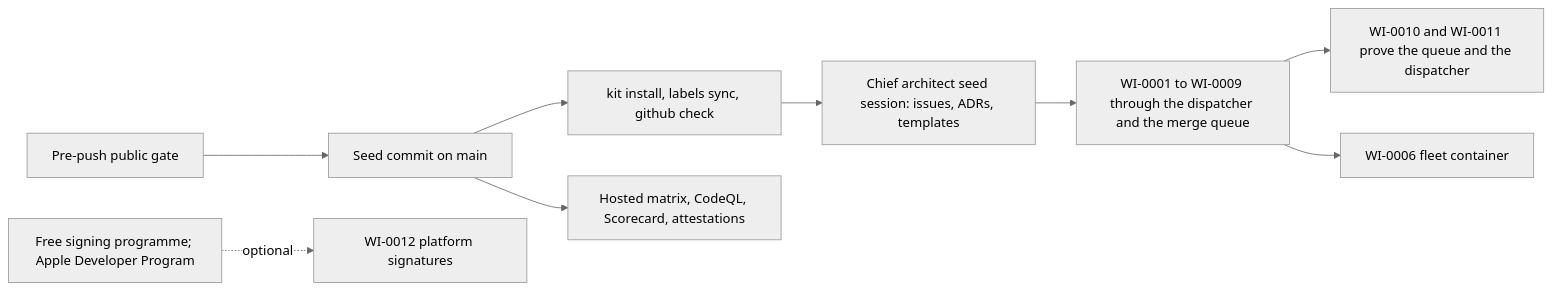
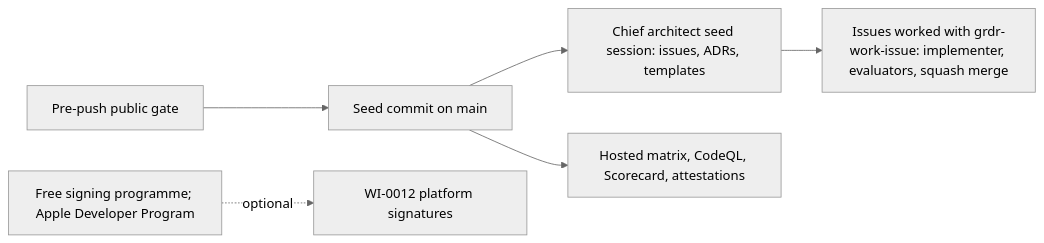
Before and after one commit to 416rehman/Guardrails: the diagram in docs/team/06-repository-bootstrap.md, drawn with Mermaid (neutral theme). The commit also changed other lines of this file and 93 other files, not shown here.

````diff
--- a/docs/team/06-repository-bootstrap.md
+++ b/docs/team/06-repository-bootstrap.md
@@ -34,11 +32,8 @@
 ```mermaid
 flowchart LR
-  S[Seed commit on main] --> K[kit install, labels sync, github check]
-  K --> A[Chief architect seed session: issues, ADRs, templates]
-  A --> W1[WI-0001 to WI-0009 through the dispatcher and the merge queue]
-  W1 --> W10[WI-0010 and WI-0011 prove the queue and the dispatcher]
-  W1 --> W6[WI-0006 fleet container]
-  G0[Pre-push public gate] --> S
+  G0[Pre-push public gate] --> S[Seed commit on main]
+  S --> A[Chief architect seed session: issues, ADRs, templates]
+  A --> W1[Issues worked with grdr-work-issue: implementer, evaluators, squash merge]
   S --> CI[Hosted matrix, CodeQL, Scorecard, attestations]
   P[Free signing programme; Apple Developer Program] -.->|optional| W12[WI-0012 platform signatures]
 ```
````
